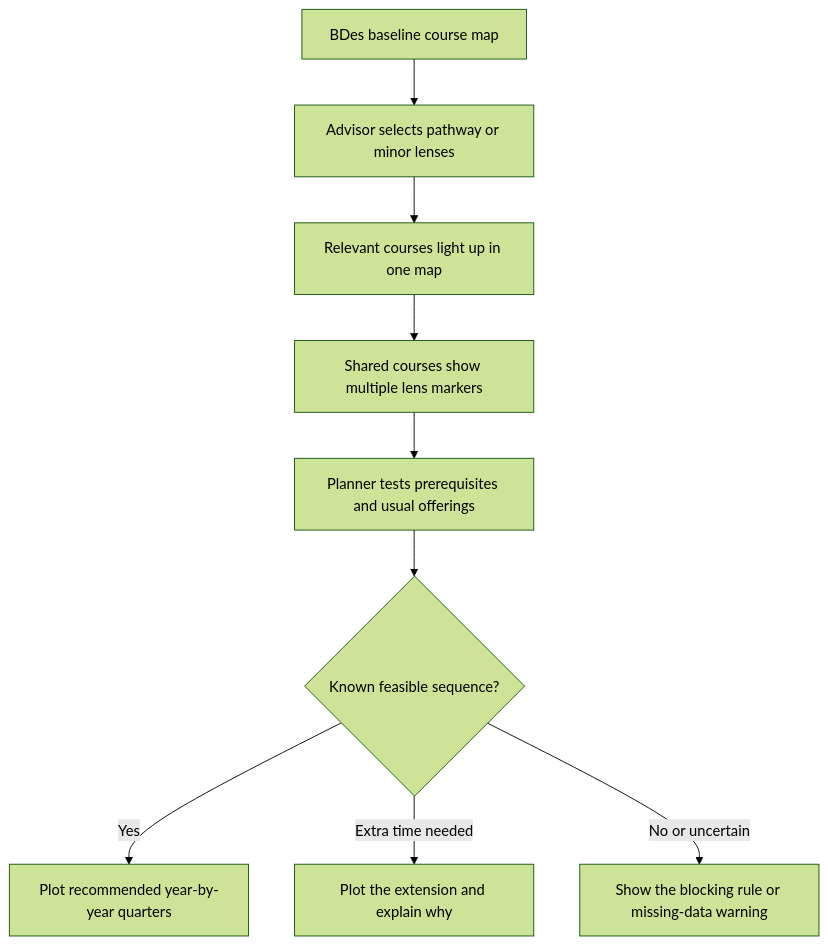
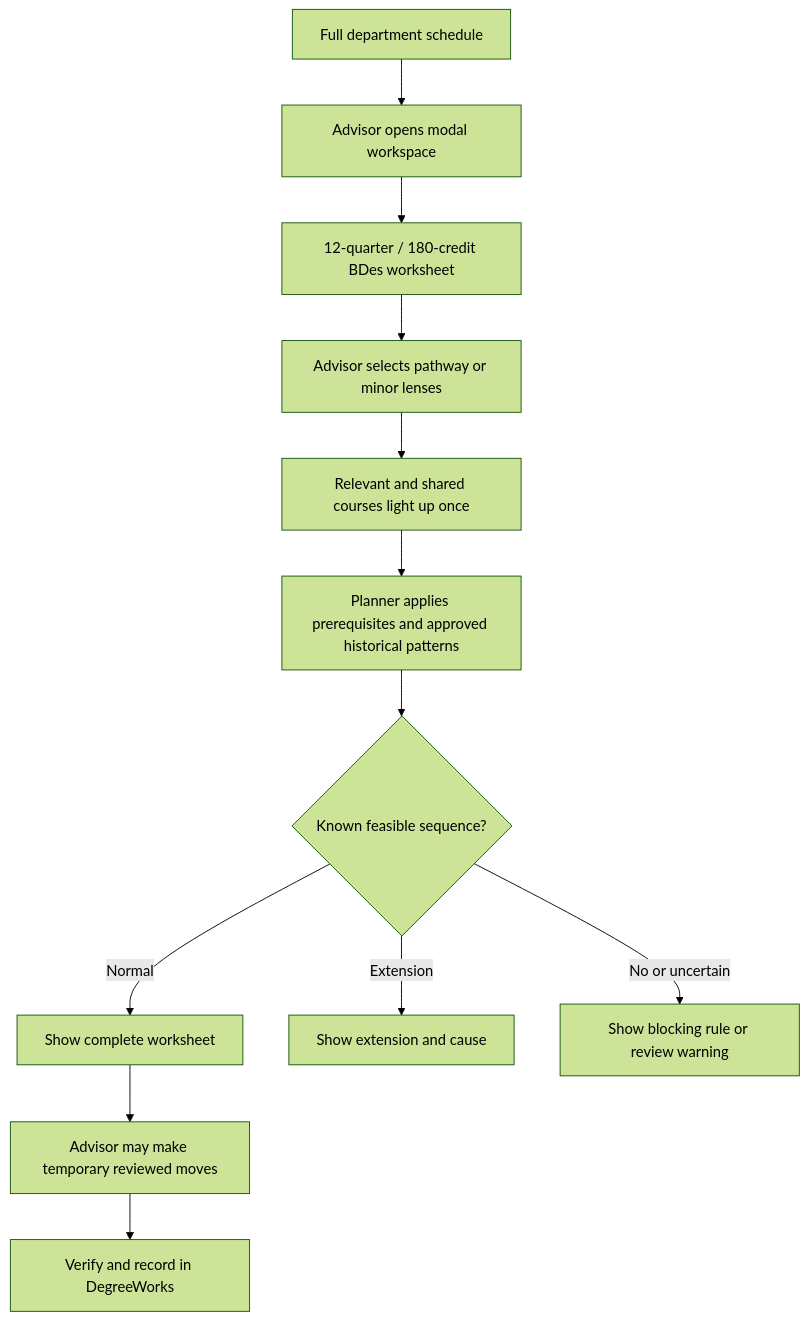
One commit to sicxz/program-command changed the first of 2 diagrams in docs/plans/2026-08-05-001-feat-advisor-led-bdes-advising-plan.md. Above: the diagram before and after it, drawn with Mermaid (forest theme). The commit also changed other lines of this file and 11 other files, not shown here.

First line of the commit message:
feat: add advisor-led four-year pathway planning (#286)

````diff
--- a/docs/plans/2026-08-05-001-feat-advisor-led-bdes-advising-plan.md
+++ b/docs/plans/2026-08-05-001-feat-advisor-led-bdes-advising-plan.md
@@ -114,11 +139,14 @@
 ```mermaid
 flowchart TB
-    A["BDes baseline course map"] --> B["Advisor selects pathway or minor lenses"]
-    B --> C["Relevant courses light up in one map"]
-    C --> D["Shared courses show multiple lens markers"]
-    D --> E["Planner tests prerequisites and usual offerings"]
-    E --> F{"Known feasible sequence?"}
-    F -- "Yes" --> G["Plot recommended year-by-year quarters"]
-    F -- "Extra time needed" --> H["Plot the extension and explain why"]
-    F -- "No or uncertain" --> I["Show the blocking rule or missing-data warning"]
+    A["Full department schedule"] --> B["Advisor opens modal workspace"]
+    B --> C["12-quarter / 180-credit BDes worksheet"]
+    C --> D["Advisor selects pathway or minor lenses"]
+    D --> E["Relevant and shared courses light up once"]
+    E --> F["Planner applies prerequisites and approved historical patterns"]
+    F --> G{"Known feasible sequence?"}
+    G -- "Normal" --> H["Show complete worksheet"]
+    G -- "Extension" --> I["Show extension and cause"]
+    G -- "No or uncertain" --> J["Show blocking rule or review warning"]
+    H --> K["Advisor may make temporary reviewed moves"]
+    K --> L["Verify and record in DegreeWorks"]
 ```
````
